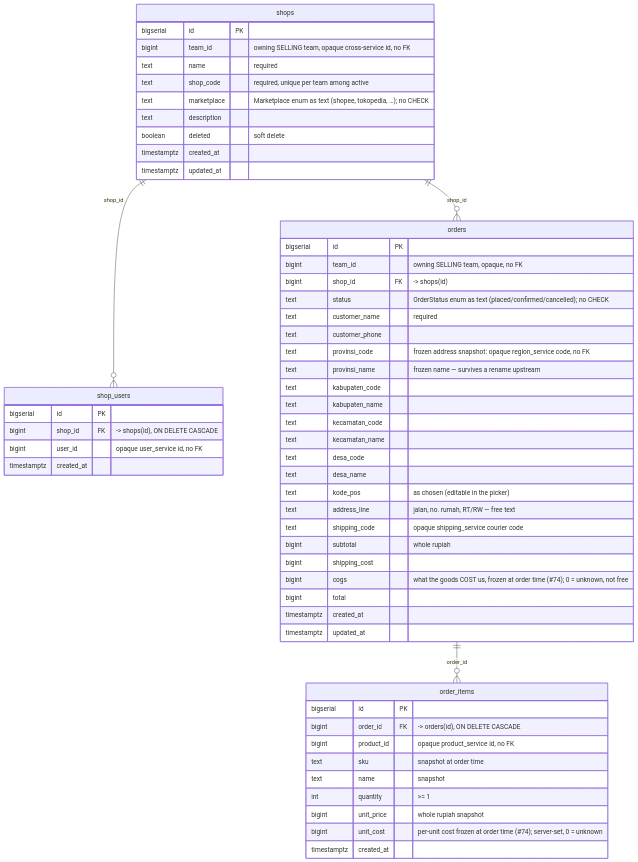
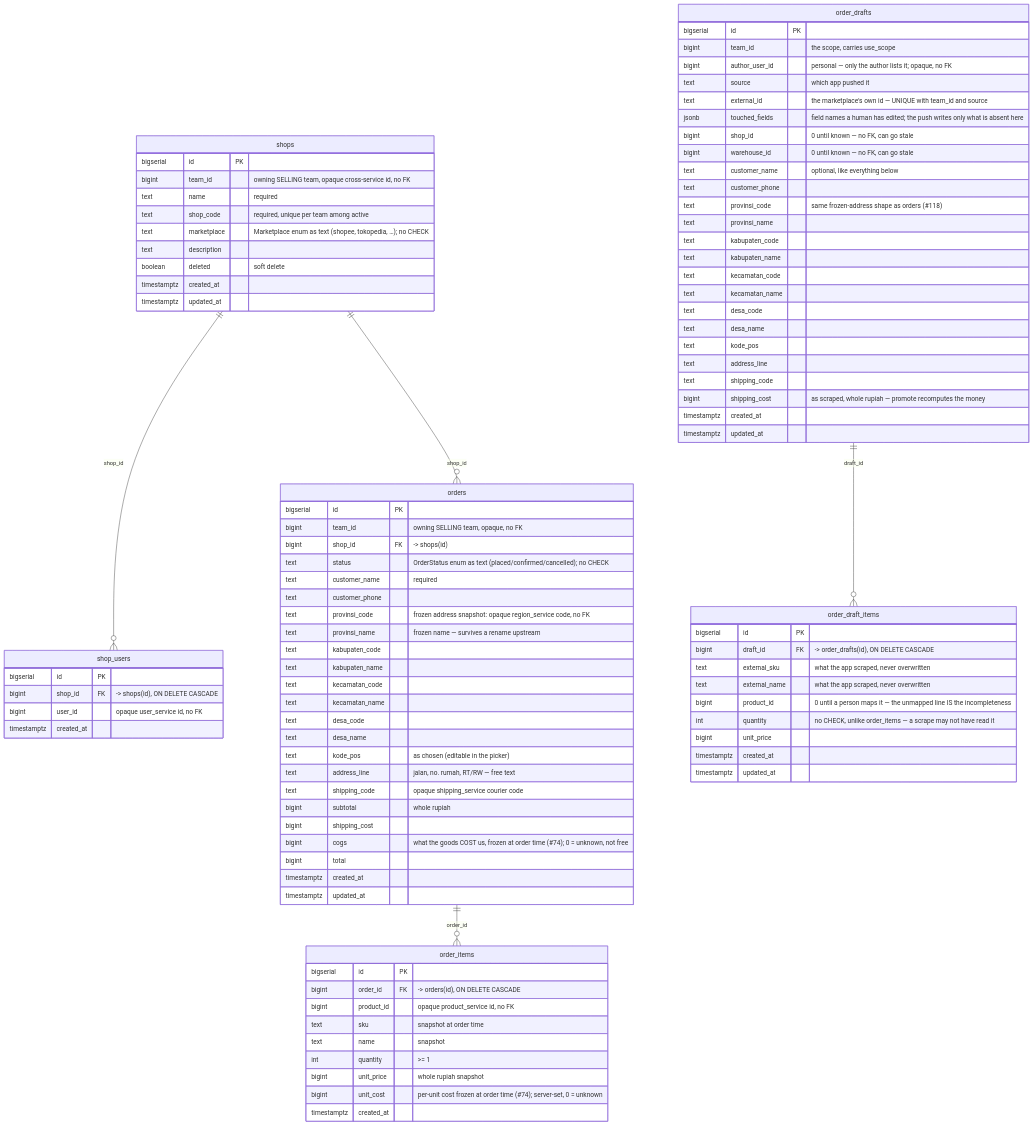
The fifth of 12 diagrams in docs/database-schema.md (pdcgo/warehouse_revamp), drawn with Mermaid before and after one commit. The commit also changed other lines of this file and 3 other files, not shown here.

First line of the commit message:
#190 A draft gets its own table, so `orders` keeps every NOT NULL it has

````diff
--- a/docs/database-schema.md
+++ b/docs/database-schema.md
@@ -203,6 +203,7 @@
     shops ||--o{ shop_users : "shop_id"
     shops ||--o{ orders : "shop_id"
     orders ||--o{ order_items : "order_id"
+    order_drafts ||--o{ order_draft_items : "draft_id"
 
     shops {
         bigserial   id          PK
@@ -260,4 +261,43 @@
         bigint      unit_cost     "per-unit cost frozen at order time (#74); server-set, 0 = unknown"
         timestamptz created_at
     }
+
+    order_drafts {
+        bigserial   id             PK
+        bigint      team_id        "the scope, carries use_scope"
+        bigint      author_user_id "personal — only the author lists it; opaque, no FK"
+        text        source         "which app pushed it"
+        text        external_id    "the marketplace's own id — UNIQUE with team_id and source"
+        jsonb       touched_fields "field names a human has edited; the push writes only what is absent here"
+        bigint      shop_id        "0 until known — no FK, can go stale"
+        bigint      warehouse_id   "0 until known — no FK, can go stale"
+        text        customer_name  "optional, like everything below"
+        text        customer_phone
+        text        provinsi_code  "same frozen-address shape as orders (#118)"
+        text        provinsi_name
+        text        kabupaten_code
+        text        kabupaten_name
+        text        kecamatan_code
+        text        kecamatan_name
+        text        desa_code
+        text        desa_name
+        text        kode_pos
+        text        address_line
+        text        shipping_code
+        bigint      shipping_cost  "as scraped, whole rupiah — promote recomputes the money"
+        timestamptz created_at
+        timestamptz updated_at
+    }
+
+    order_draft_items {
+        bigserial   id            PK
+        bigint      draft_id      FK "-> order_drafts(id), ON DELETE CASCADE"
+        text        external_sku  "what the app scraped, never overwritten"
+        text        external_name "what the app scraped, never overwritten"
+        bigint      product_id    "0 until a person maps it — the unmapped line IS the incompleteness"
+        int         quantity      "no CHECK, unlike order_items — a scrape may not have read it"
+        bigint      unit_price
+        timestamptz created_at
+        timestamptz updated_at
+    }
 ```
````
